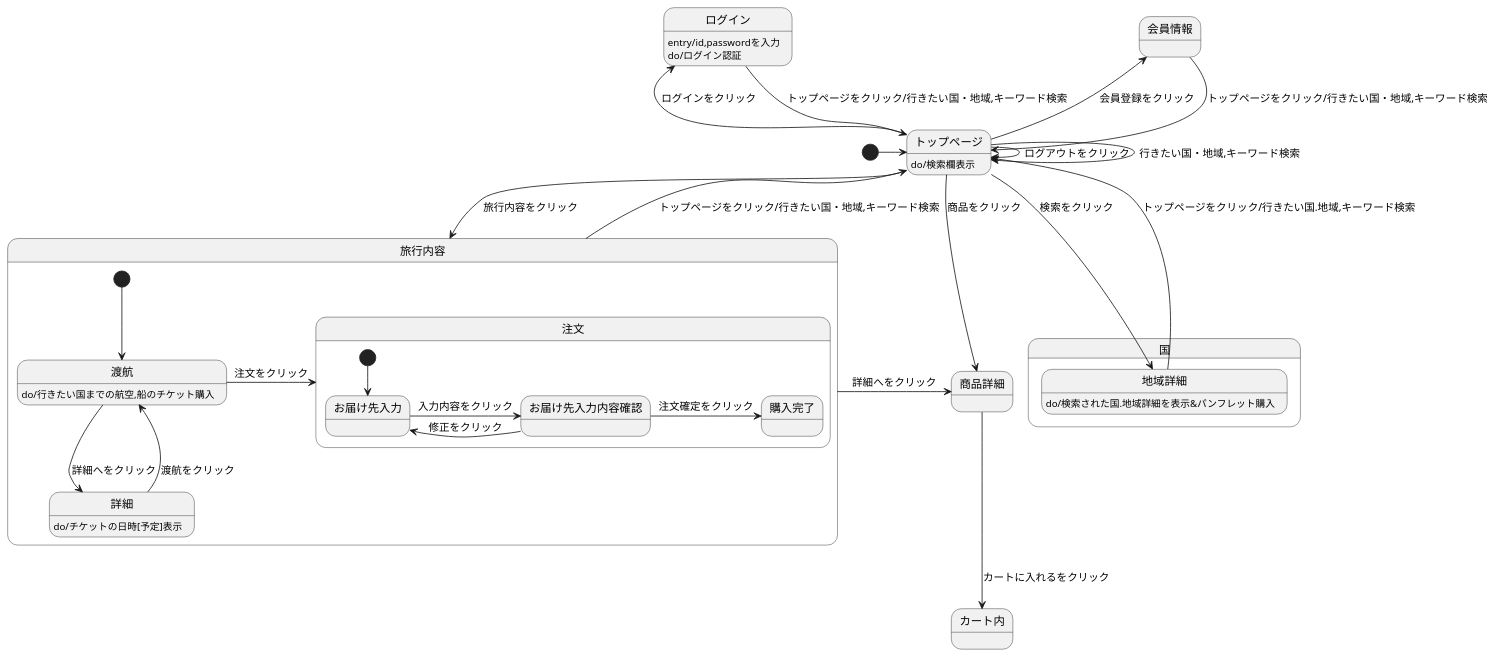
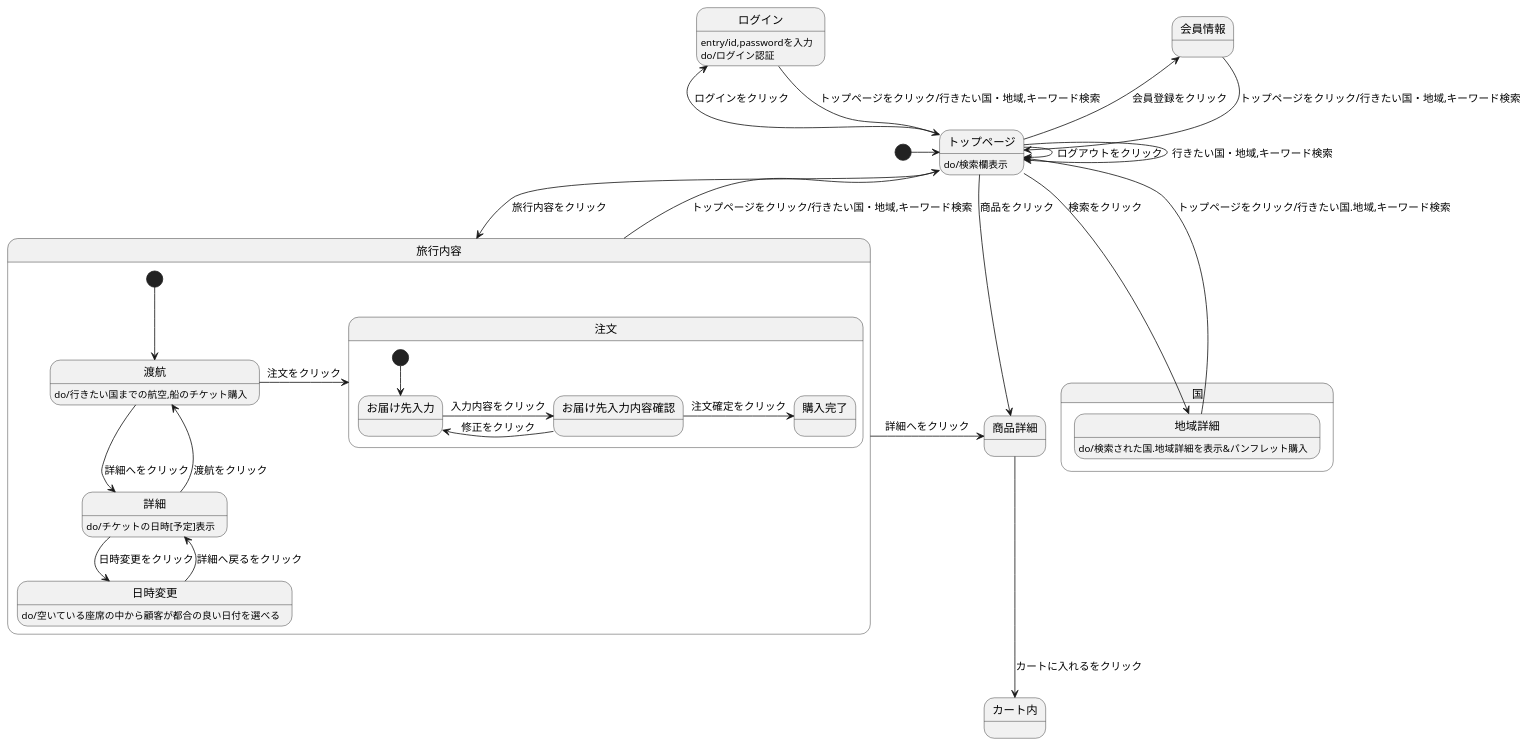
One commit to Aso2001195/2021sys-design changed the diagram in kadai8.md. Above: the diagram before and after it, drawn with PlantUML.

````diff
--- a/kadai8.md
+++ b/kadai8.md
@@ -1,37 +1,40 @@
 ```uml
 @startuml
 [*] -> トップページ
 会員情報 --> トップページ :トップページをクリック/行きたい国・地域,キーワード検索
 ログイン --> トップページ :トップページをクリック/行きたい国・地域,キーワード検索
 ログイン :entry/id,passwordを入力
 ログイン :do/ログイン認証
 トップページ -> トップページ :ログアウトをクリック
 トップページ -> トップページ :行きたい国・地域,キーワード検索
 国.地域詳細 -->トップページ :トップページをクリック/行きたい国.地域,キーワード検索
 国.地域詳細 :do/検索された国.地域詳細を表示&パンフレット購入
 トップページ --> 国.地域詳細 :検索をクリック
 トップページ -> 商品詳細 :商品をクリック
 トップページ -left-> 会員情報 :会員登録をクリック
 トップページ -left-> ログイン :ログインをクリック
 トップページ -> 旅行内容 :旅行内容をクリック
 トップページ : do/検索欄表示
 商品詳細 --> カート内 :カートに入れるをクリック
 旅行内容 -up-> トップページ :トップページをクリック/行きたい国・地域,キーワード検索
 旅行内容 ->商品詳細 :詳細へをクリック
 
 state 旅行内容{
 [*] --> 渡航
 渡航 -> 注文 :注文をクリック
 渡航 :do/行きたい国までの航空,船のチケット購入
 渡航 -> 詳細 :詳細へをクリック
 詳細 :do/チケットの日時[予定]表示
+詳細--> 日時変更 :日時変更をクリック
+日時変更 :do/空いている座席の中から顧客が都合の良い日付を選べる
+日時変更 --> 詳細 :詳細へ戻るをクリック
 詳細--> 渡航 :渡航をクリック
 state 注文{
  [*] --> お届け先入力
  お届け先入力 -> お届け先入力内容確認 :入力内容をクリック
  お届け先入力内容確認 -> お届け先入力 :修正をクリック
  お届け先入力内容確認 -> 購入完了 :注文確定をクリック
  }
 }
 @enduml
 ```
````
